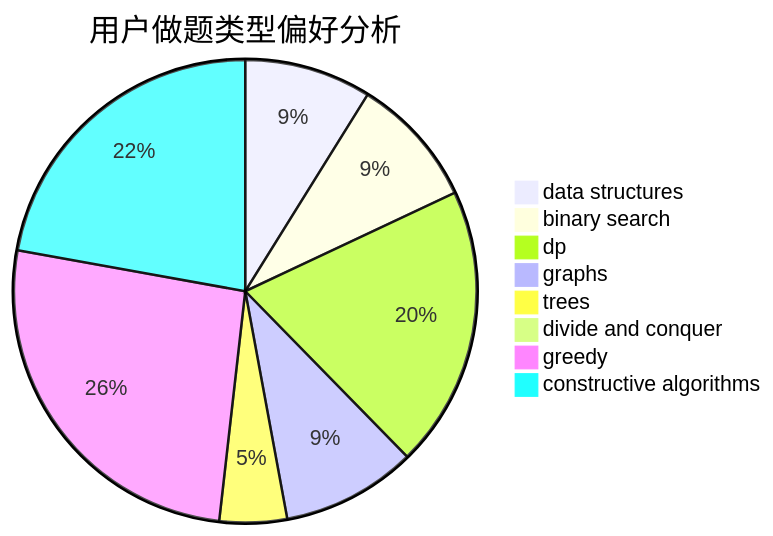
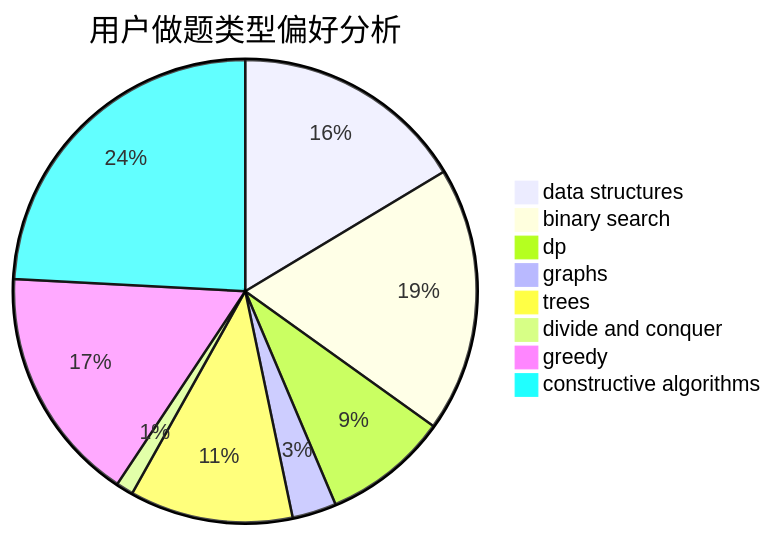
One commit to sherpahu/cfrs.github.io changed the second of 3 diagrams in docs/user/u776.md. Above: the diagram before and after it, drawn with Mermaid. The commit also changed other lines of this file and 2770 other files, not shown here.

````diff
--- a/docs/user/u776.md
+++ b/docs/user/u776.md
@@ -23,11 +23,11 @@
 ```mermaid
 pie title 用户做题类型偏好分析
-    "data structures" :  32
-    "binary search" :  33
-    "dp" :  71
-    "graphs" :  34
-    "trees" :  17
-    "divide and conquer" :  0
-    "greedy" :  94
-    "constructive algorithms" :  80
+    "data structures" :  122
+    "binary search" :  138
+    "dp" :  65
+    "graphs" :  23
+    "trees" :  85
+    "divide and conquer" :  9
+    "greedy" :  123
+    "constructive algorithms" :  180
 ```
````
